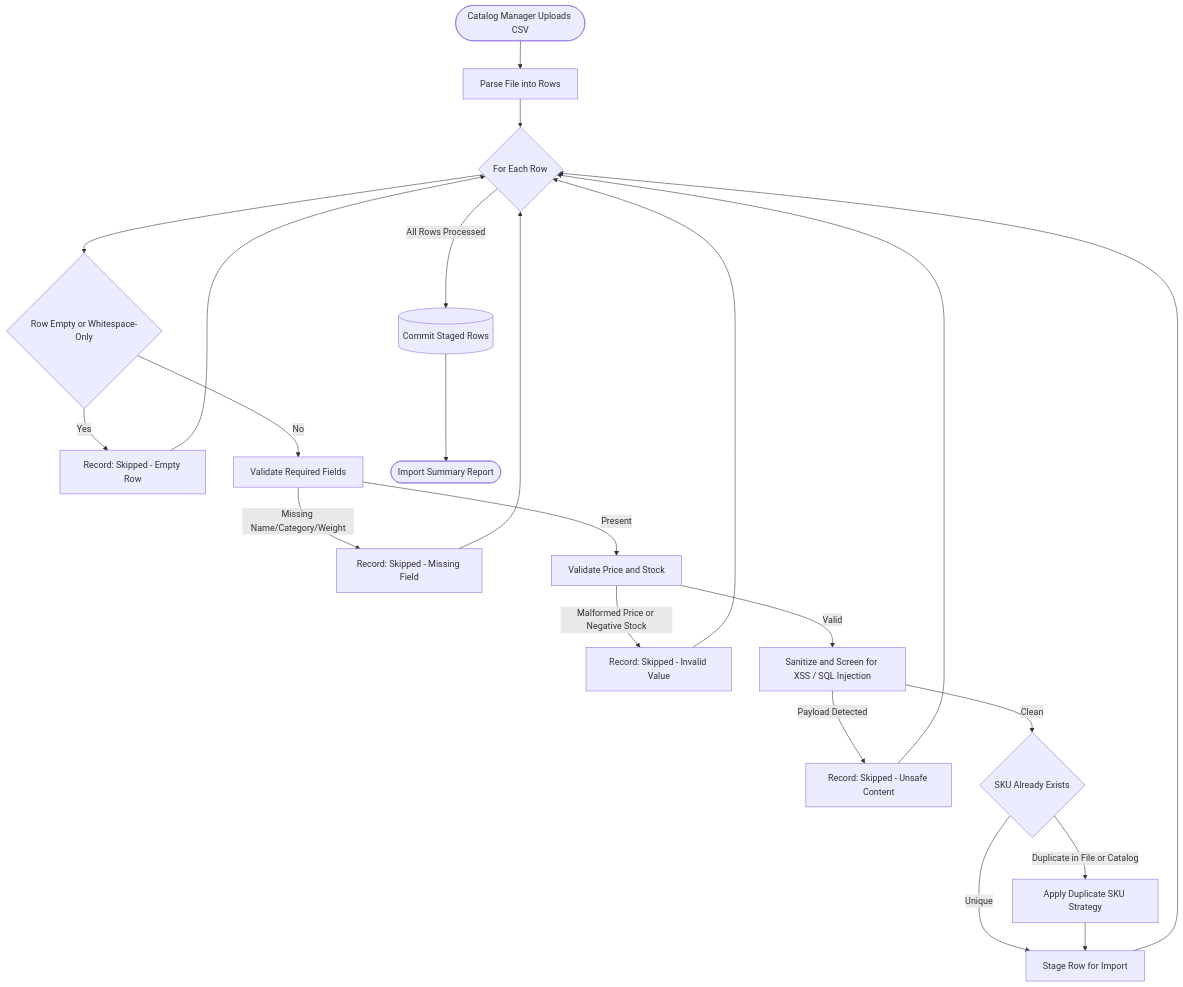
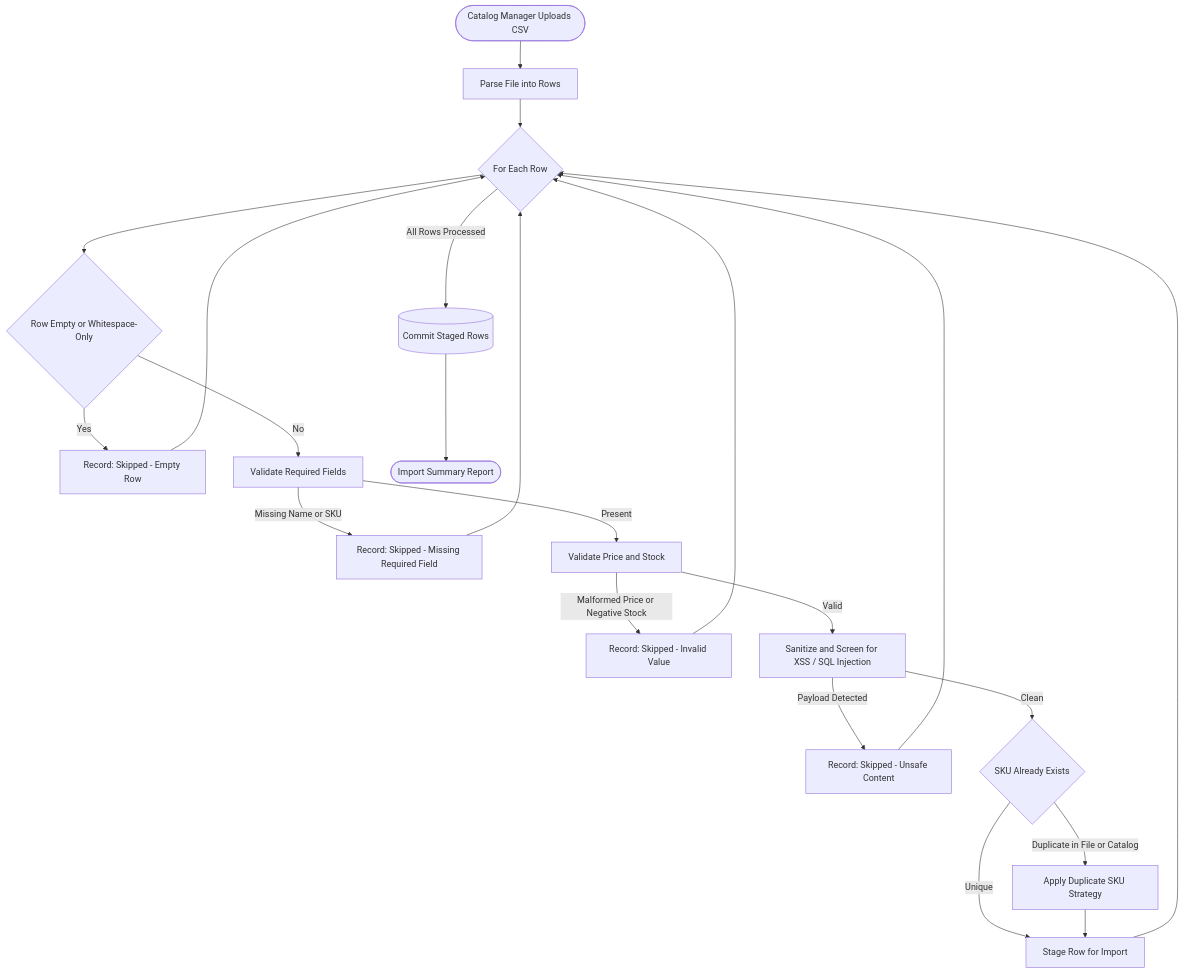
One commit to virgenherrera/GILA_SOFTWARE_CHALLENGE changed the diagram in docs/epics/EP02-csv-import.md. Above: the diagram before and after it, drawn with Mermaid. The commit also changed other lines of this file and 6 other files, not shown here.

First line of the commit message:
docs(architect): add tech stack, testing strategy, API contract, data model

````diff
--- a/docs/epics/EP02-csv-import.md
+++ b/docs/epics/EP02-csv-import.md
@@ -24,31 +24,31 @@
 ```mermaid
 flowchart TD
     UPLOAD([Catalog Manager Uploads CSV]) --> PARSE[Parse File into Rows]
     PARSE --> LOOP{For Each Row}
 
     LOOP --> EMPTY{Row Empty or Whitespace-Only}
     EMPTY -->|Yes| SKIP1[Record: Skipped - Empty Row]
 
     EMPTY -->|No| FIELDVAL[Validate Required Fields]
-    FIELDVAL -->|Missing Name/Category/Weight| SKIP2[Record: Skipped - Missing Field]
+    FIELDVAL -->|Missing Name or SKU| SKIP2[Record: Skipped - Missing Required Field]
 
     FIELDVAL -->|Present| TYPEVAL[Validate Price and Stock]
     TYPEVAL -->|Malformed Price or Negative Stock| SKIP3[Record: Skipped - Invalid Value]
 
     TYPEVAL -->|Valid| SECVAL[Sanitize and Screen for XSS / SQL Injection]
     SECVAL -->|Payload Detected| SKIP4[Record: Skipped - Unsafe Content]
 
     SECVAL -->|Clean| DUPCHECK{SKU Already Exists}
     DUPCHECK -->|Duplicate in File or Catalog| STRATEGY[Apply Duplicate SKU Strategy]
     DUPCHECK -->|Unique| STAGE[Stage Row for Import]
 
     STRATEGY --> STAGE
     STAGE --> LOOP
     SKIP1 --> LOOP
     SKIP2 --> LOOP
     SKIP3 --> LOOP
     SKIP4 --> LOOP
 
     LOOP -->|All Rows Processed| COMMIT[(Commit Staged Rows)]
     COMMIT --> REPORT([Import Summary Report])
 ```
````
